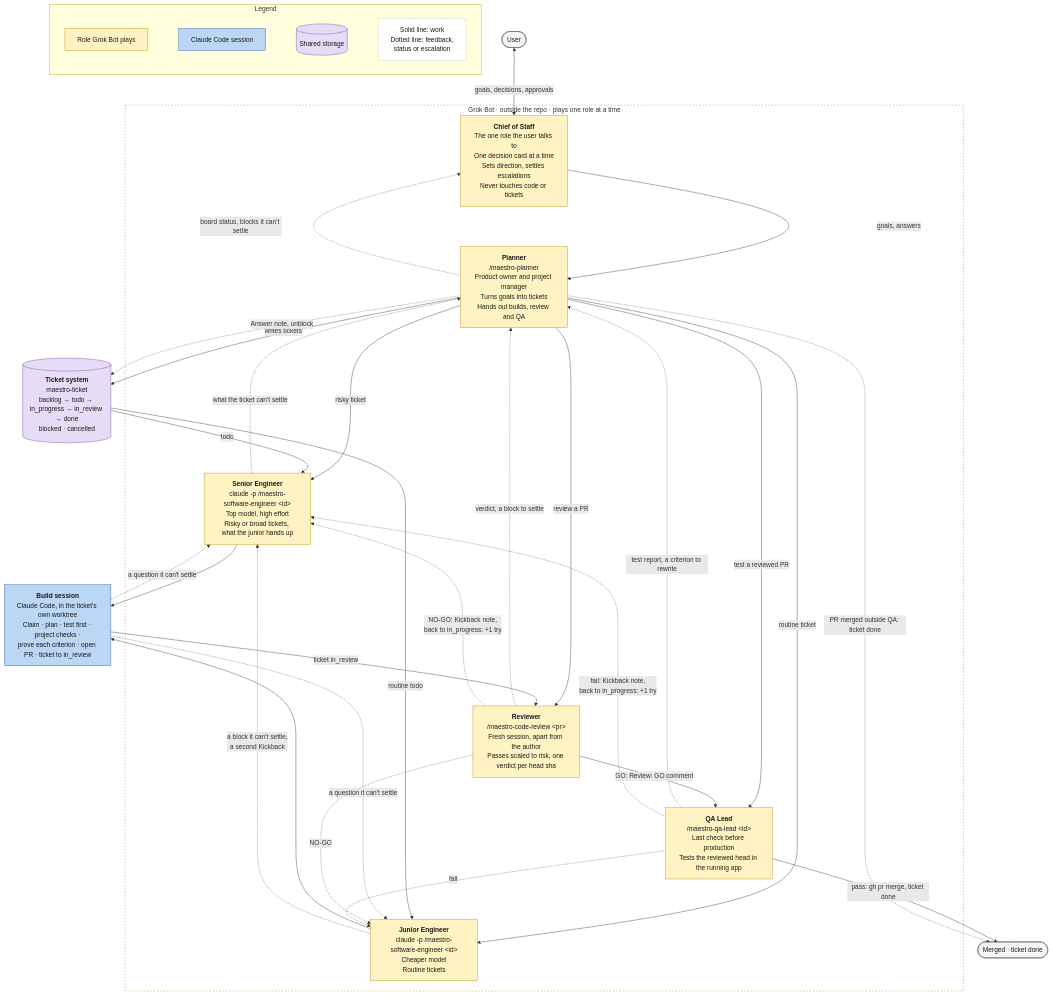
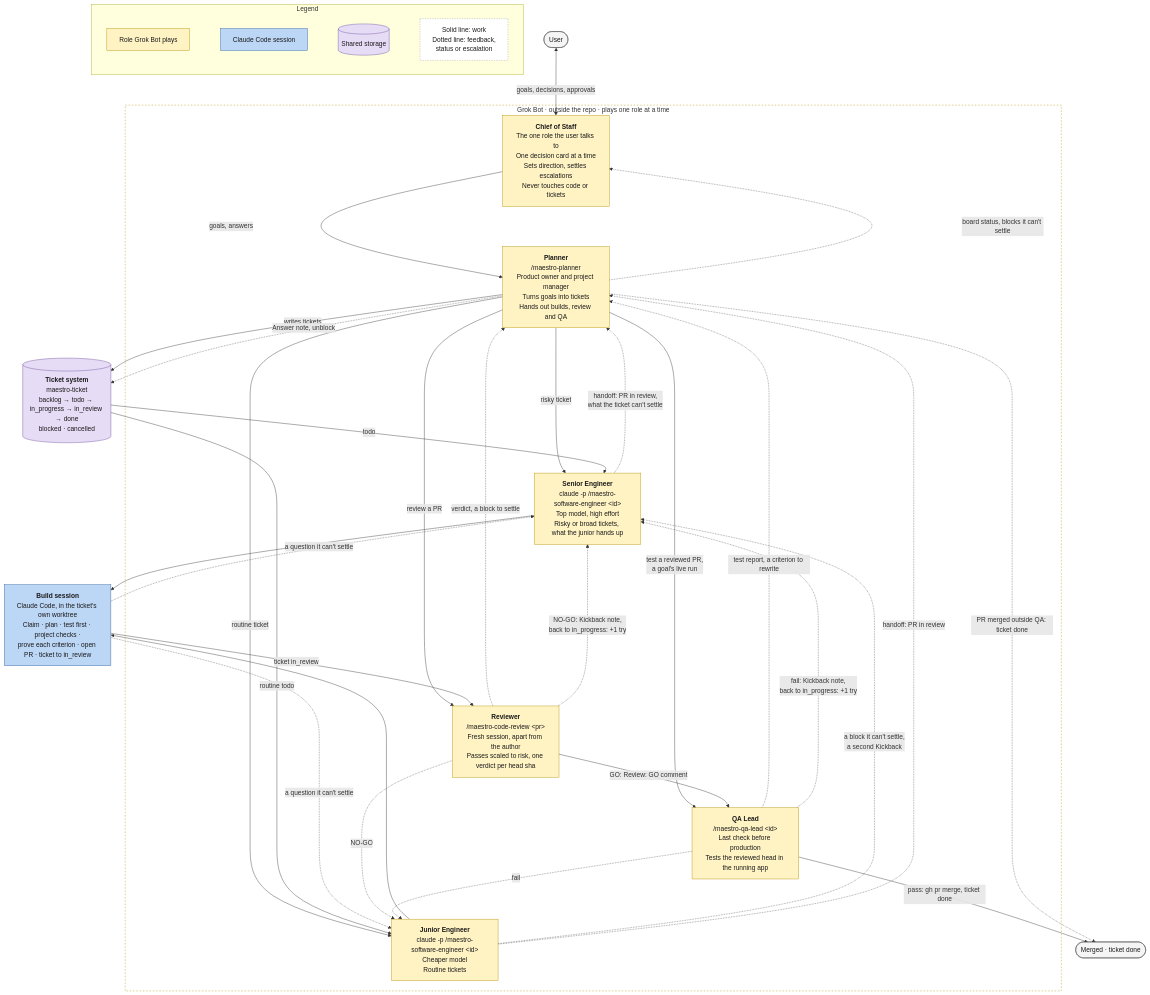
Before and after one commit to ProlesDei/maestro: the diagram in docs/team.mermaid, drawn with Mermaid. The commit also changed 15 other files, not shown here.

```diff
--- a/docs/team.mermaid
+++ b/docs/team.mermaid
@@ -1,76 +1,77 @@
 flowchart TD
     User([User])
 
     subgraph Grok ["Grok Bot · outside the repo · plays one role at a time"]
         CoS["<b>Chief of Staff</b><br/>The one role the user talks to<br/>One decision card at a time<br/>Sets direction, settles escalations<br/>Never touches code or tickets"]
         Planner["<b>Planner</b><br/>/maestro-planner<br/>Product owner and project manager<br/>Turns goals into tickets<br/>Hands out builds, review and QA"]
         Sr["<b>Senior Engineer</b><br/>claude -p /maestro-software-engineer &lt;id&gt;<br/>Top model, high effort<br/>Risky or broad tickets, what the junior hands up"]
         Jr["<b>Junior Engineer</b><br/>claude -p /maestro-software-engineer &lt;id&gt;<br/>Cheaper model<br/>Routine tickets"]
         Rev["<b>Reviewer</b><br/>/maestro-code-review &lt;pr&gt;<br/>Fresh session, apart from the author<br/>Passes scaled to risk, one verdict per head sha"]
         QA["<b>QA Lead</b><br/>/maestro-qa-lead &lt;id&gt;<br/>Last check before production<br/>Tests the reviewed head in the running app"]
     end
 
     Tickets[("<b>Ticket system</b><br/>maestro-ticket<br/>backlog → todo → in_progress → in_review → done<br/>blocked · cancelled")]
 
     Build["<b>Build session</b><br/>Claude Code, in the ticket's own worktree<br/>Claim · plan · test first · project checks ·<br/>prove each criterion · open PR · ticket to in_review"]
 
     Done([Merged · ticket done])
 
     %% User and Chief of Staff
     User <-->|"goals, decisions, approvals"| CoS
 
     %% The Chief of Staff leads through the Planner
     CoS -->|"goals, answers"| Planner
     Planner -.->|"board status, blocks it can't settle"| CoS
 
     %% The Planner hands out each job
     Planner -->|"risky ticket"| Sr
     Planner -->|"routine ticket"| Jr
     Planner -->|"review a PR"| Rev
-    Planner -->|"test a reviewed PR"| QA
+    Planner -->|"test a reviewed PR,<br/>a goal's live run"| QA
 
     %% Planning
     Planner -->|"writes tickets"| Tickets
     Tickets -->|"todo"| Sr
     Tickets -->|"routine todo"| Jr
 
     %% Build
     Sr --> Build
     Jr --> Build
     Build -.->|"a question it can't settle"| Sr
     Build -.->|"a question it can't settle"| Jr
     Jr -.->|"a block it can't settle,<br/>a second Kickback"| Sr
-    Sr -.->|"what the ticket can't settle"| Planner
+    Sr -.->|"handoff: PR in review,<br/>what the ticket can't settle"| Planner
+    Jr -.->|"handoff: PR in review"| Planner
     QA -.->|"test report, a criterion to rewrite"| Planner
     Rev -.->|"verdict, a block to settle"| Planner
     Planner -.->|"Answer note, unblock"| Tickets
 
     %% Review, then test
     Build -->|"ticket in_review"| Rev
     Rev -->|"GO: Review: GO comment"| QA
     QA -->|"pass: gh pr merge, ticket done"| Done
     Planner -.->|"PR merged outside QA: ticket done"| Done
     Rev -.->|"NO-GO: Kickback note,<br/>back to in_progress: +1 try"| Sr
     Rev -.->|"NO-GO"| Jr
     QA -.->|"fail: Kickback note,<br/>back to in_progress: +1 try"| Sr
     QA -.->|"fail"| Jr
 
     %% Legend
     subgraph Legend ["Legend"]
         direction LR
         L6["Role Grok Bot plays"] ~~~ L1["Claude Code session"] ~~~ L4[("Shared storage")] ~~~ L5["Solid line: work<br/>Dotted line: feedback,<br/>status or escalation"]
     end
 
     %% Styles
     classDef session fill:#bcd6f5,stroke:#2f5f9e,color:#1a1a1a
     classDef storage fill:#e6dcf5,stroke:#6a4c9c,color:#1a1a1a
     classDef person fill:#f5f5f5,stroke:#555,color:#1a1a1a
     classDef bot fill:#fff3c4,stroke:#b38f00,color:#1a1a1a
     classDef note fill:#ffffff,stroke:#999,color:#1a1a1a,stroke-dasharray:3 3
 
     class Build,L1 session
     class Tickets,L4 storage
     class User,Done person
     class CoS,Planner,Sr,Jr,QA,Rev,L6 bot
     class L5 note
     style Grok fill:none,stroke:#b38f00,stroke-dasharray:4 4
```
